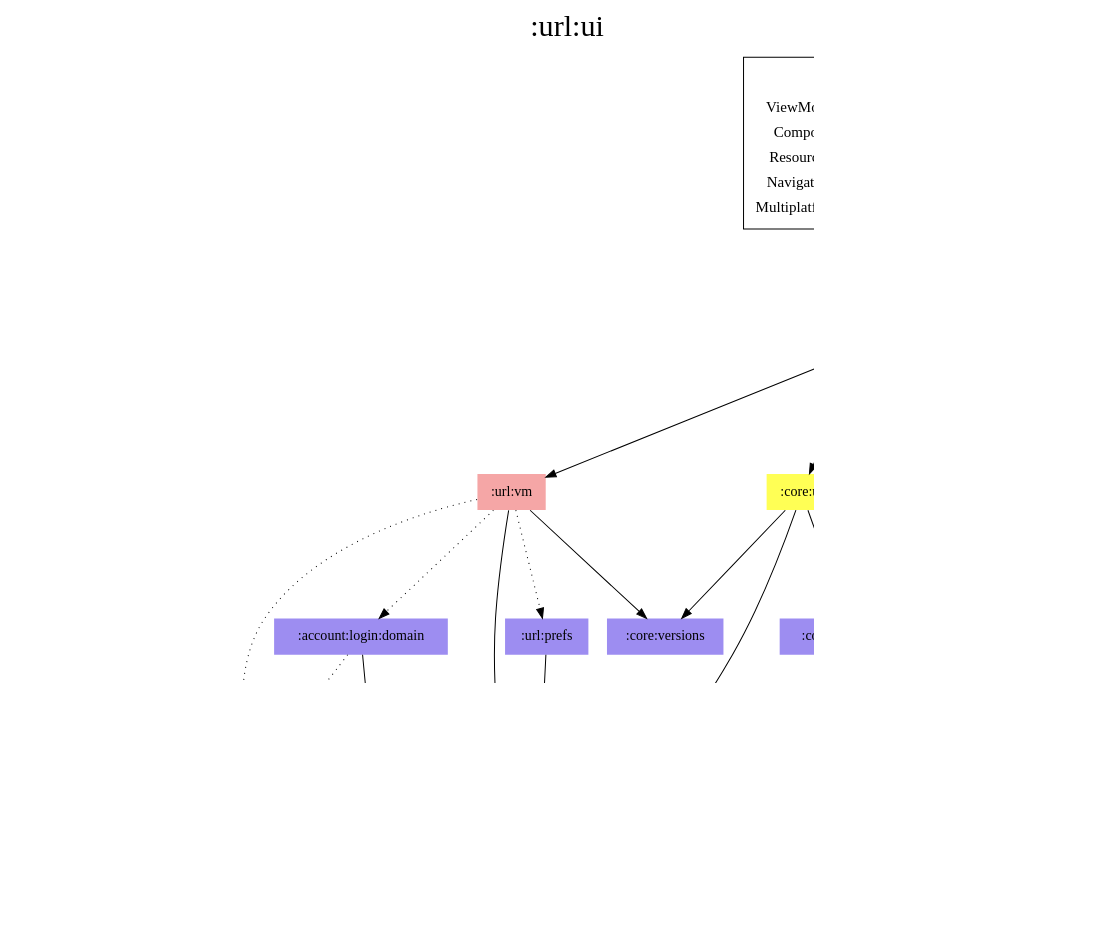
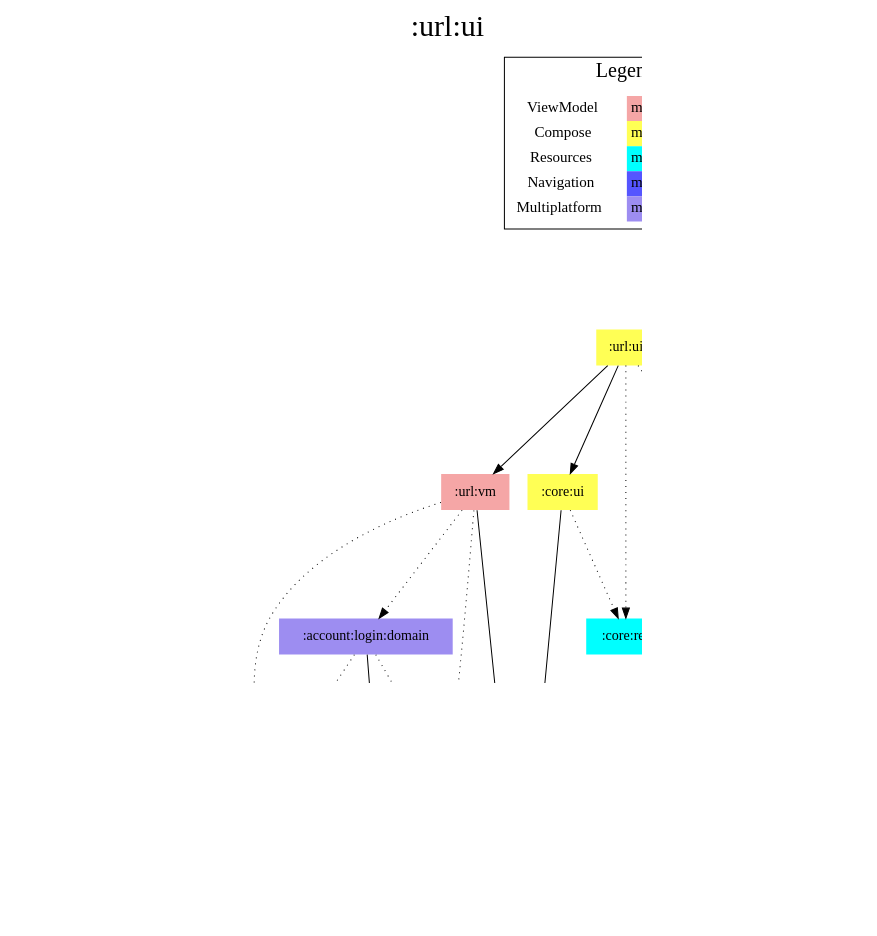
The diagram in modules/url/ui/modules.dot (jonapoul/aktual), drawn with Graphviz before and after one commit. The commit also changed 152 other files, not shown here.

```diff
--- a/modules/url/ui/modules.dot
+++ b/modules/url/ui/modules.dot
@@ -1,58 +1,55 @@
 digraph {
 edge ["dir"="forward"]
 graph ["dpi"="100","label"=":url:ui","labelloc"="t","fontsize"="30","ranksep"="1.5","rankdir"="TB"]
 node ["style"="filled"]
 ":account:login:domain" ["fillcolor"="#9D8DF1","shape"="none"]
 ":account:login:nav" ["fillcolor"="#5555FF","shape"="none"]
 ":account:model" ["fillcolor"="#9D8DF1","shape"="none"]
 ":api:actual" ["fillcolor"="#9D8DF1","shape"="none"]
 ":budget:model" ["fillcolor"="#9D8DF1","shape"="none"]
 ":codegen:annotation" ["fillcolor"="#9D8DF1","shape"="none"]
-":core:colorscheme" ["fillcolor"="#9D8DF1","shape"="none"]
+":core:model" ["fillcolor"="#9D8DF1","shape"="none"]
 ":core:res" ["fillcolor"="#00FFFF","shape"="none"]
 ":core:ui" ["fillcolor"="#FFFF55","shape"="none"]
-":core:versions" ["fillcolor"="#9D8DF1","shape"="none"]
-":url:model" ["fillcolor"="#9D8DF1","shape"="none"]
-":url:prefs" ["fillcolor"="#9D8DF1","shape"="none"]
+":prefs" ["fillcolor"="#9D8DF1","shape"="none"]
 ":url:res" ["fillcolor"="#00FFFF","shape"="none"]
 ":url:ui" ["fillcolor"="#FFFF55","shape"="none"]
 ":url:vm" ["fillcolor"="#F5A6A6","shape"="none"]
 {
 edge ["dir"="none"]
 graph ["rank"="same"]
 }
 ":account:login:domain" -> ":account:model"
 ":account:login:domain" -> ":api:actual" ["style"="dotted"]
+":account:login:domain" -> ":prefs" ["style"="dotted"]
 ":api:actual" -> ":account:model"
 ":api:actual" -> ":budget:model"
 ":api:actual" -> ":codegen:annotation" ["style"="dotted"]
-":api:actual" -> ":url:model"
-":core:ui" -> ":core:colorscheme"
+":api:actual" -> ":core:model"
+":core:ui" -> ":core:model"
 ":core:ui" -> ":core:res" ["style"="dotted"]
-":core:ui" -> ":core:versions"
-":core:ui" -> ":url:model"
-":url:prefs" -> ":url:model"
+":prefs" -> ":account:model"
+":prefs" -> ":core:model"
 ":url:ui" -> ":account:login:nav" ["style"="dotted"]
 ":url:ui" -> ":core:res" ["style"="dotted"]
 ":url:ui" -> ":core:ui"
 ":url:ui" -> ":url:res" ["style"="dotted"]
 ":url:ui" -> ":url:vm"
 ":url:vm" -> ":account:login:domain" ["style"="dotted"]
 ":url:vm" -> ":api:actual" ["style"="dotted"]
-":url:vm" -> ":core:versions"
-":url:vm" -> ":url:model"
-":url:vm" -> ":url:prefs" ["style"="dotted"]
+":url:vm" -> ":core:model"
+":url:vm" -> ":prefs" ["style"="dotted"]
 subgraph "cluster_legend" {
 edge ["dir"="none"]
 graph ["label"="Legend","fontsize"="20"]
 "Legend" ["style"="filled","fillcolor"="#FFFFFF","shape"="none","margin"="0","fontsize"="15","label"=<
 <TABLE BORDER="0" CELLBORDER="0" CELLSPACING="0" CELLPADDING="4">
 <TR><TD>ViewModel</TD><TD BGCOLOR="#F5A6A6">module-name</TD></TR>
 <TR><TD>Compose</TD><TD BGCOLOR="#FFFF55">module-name</TD></TR>
 <TR><TD>Resources</TD><TD BGCOLOR="#00FFFF">module-name</TD></TR>
 <TR><TD>Navigation</TD><TD BGCOLOR="#5555FF">module-name</TD></TR>
 <TR><TD>Multiplatform</TD><TD BGCOLOR="#9D8DF1">module-name</TD></TR>
 </TABLE>
 >]
 } -> ":url:ui" ["style"="invis"]
 }
```
